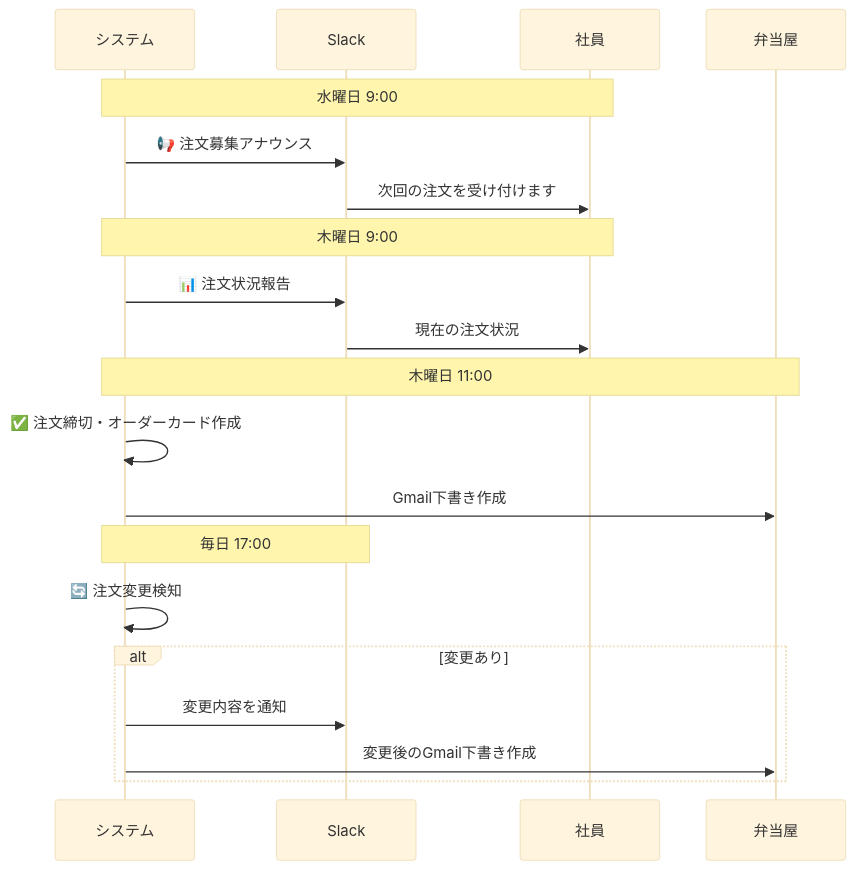
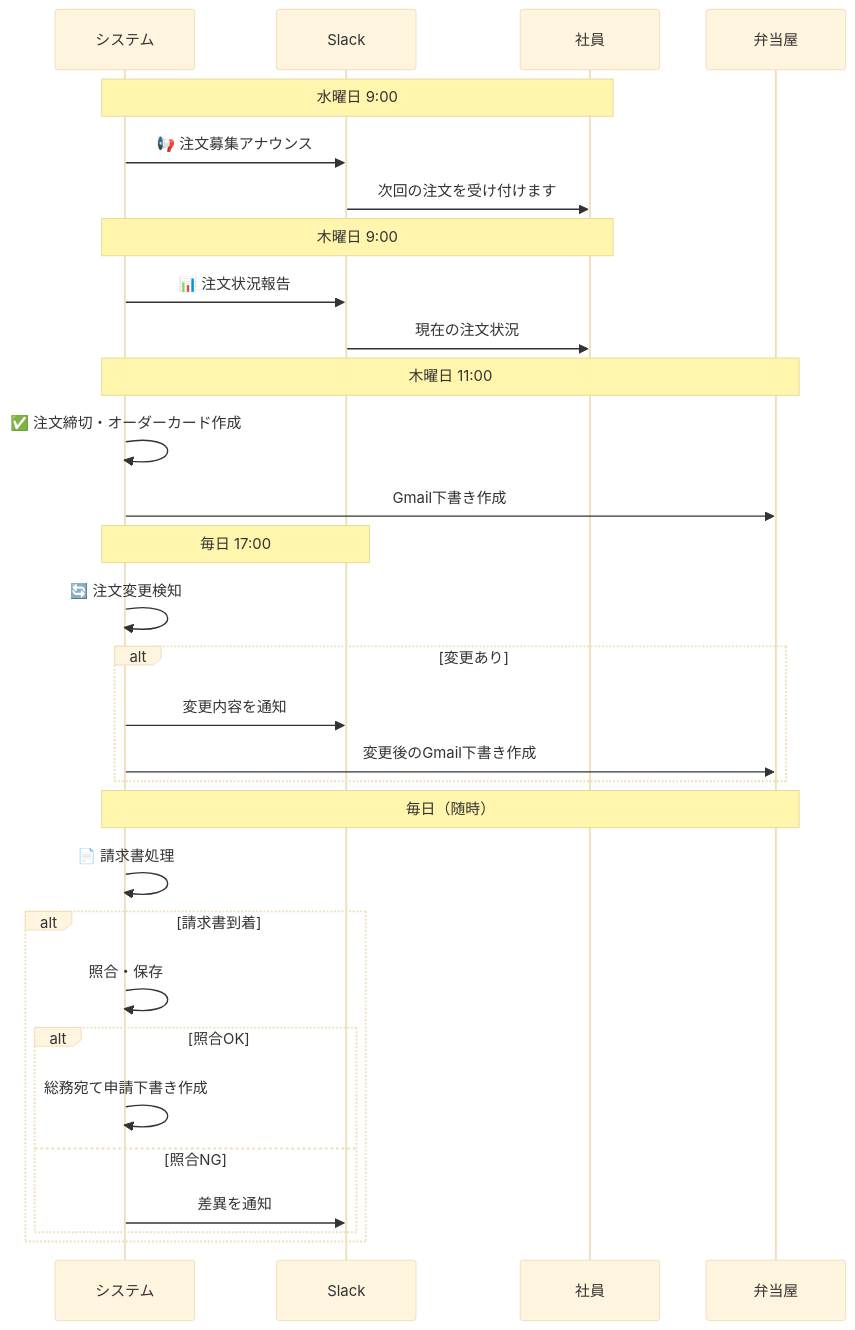
The diagram in README.md (interh852/lunch-order), drawn with Mermaid (base theme) before and after one commit. The commit also changed other lines of this file, not shown here.

````diff
--- a/README.md
+++ b/README.md
@@ -97,26 +117,37 @@
 ```mermaid
 sequenceDiagram
     participant システム
     participant Slack
     participant 社員
     participant 弁当屋
 
     Note over システム,社員: 水曜日 9:00
     システム->>Slack: 📢 注文募集アナウンス
     Slack->>社員: 次回の注文を受け付けます
 
     Note over システム,社員: 木曜日 9:00
     システム->>Slack: 📊 注文状況報告
     Slack->>社員: 現在の注文状況
 
     Note over システム,弁当屋: 木曜日 11:00
     システム->>システム: ✅ 注文締切・オーダーカード作成
     システム->>弁当屋: Gmail下書き作成
 
     Note over システム,Slack: 毎日 17:00
     システム->>システム: 🔄 注文変更検知
     alt 変更あり
         システム->>Slack: 変更内容を通知
         システム->>弁当屋: 変更後のGmail下書き作成
     end
+    
+    Note over システム,弁当屋: 毎日（随時）
+    システム->>システム: 📄 請求書処理
+    alt 請求書到着
+        システム->>システム: 照合・保存
+        alt 照合OK
+            システム->>システム: 総務宛て申請下書き作成
+        else 照合NG
+            システム->>Slack: 差異を通知
+        end
+    end
 ```
````
